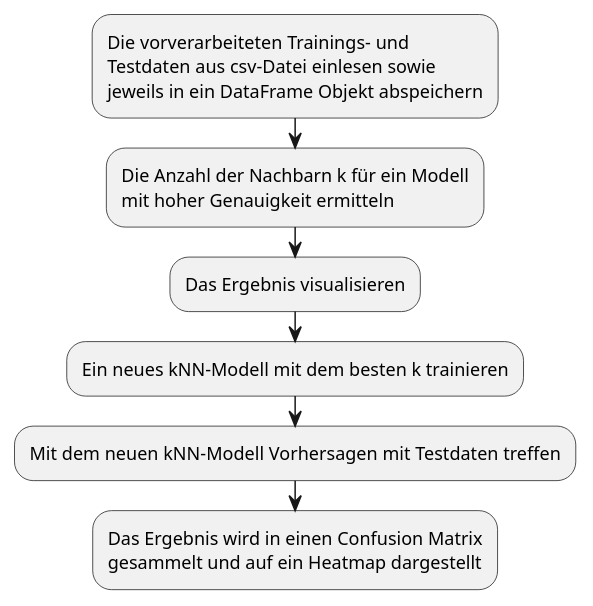
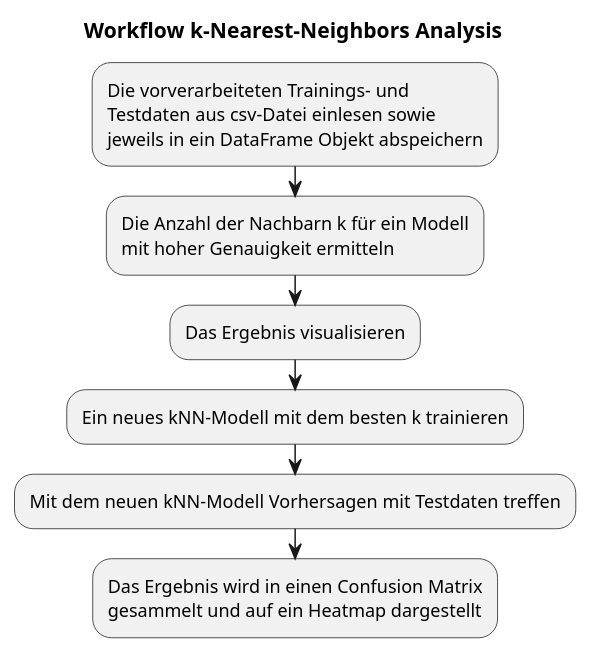
One commit to affandimansor/projektarbeit_machine_learning changed the diagram in K-Nearest_Neighbors/workflow/workflow.puml. Above: the diagram before and after it, drawn with PlantUML. The commit also changed 1 other file, not shown here.

```diff
--- a/K-Nearest_Neighbors/workflow/workflow.puml
+++ b/K-Nearest_Neighbors/workflow/workflow.puml
@@ -1,12 +1,14 @@
 @startuml
+Title Workflow k-Nearest-Neighbors Analysis
+
 :Die vorverarbeiteten Trainings- und 
 Testdaten aus csv-Datei einlesen sowie
 jeweils in ein DataFrame Objekt abspeichern;
 :Die Anzahl der Nachbarn k für ein Modell 
 mit hoher Genauigkeit ermitteln;
 :Das Ergebnis visualisieren;
 :Ein neues kNN-Modell mit dem besten k trainieren;
 :Mit dem neuen kNN-Modell Vorhersagen mit Testdaten treffen;
 :Das Ergebnis wird in einen Confusion Matrix
 gesammelt und auf ein Heatmap dargestellt;
 @enduml
```
